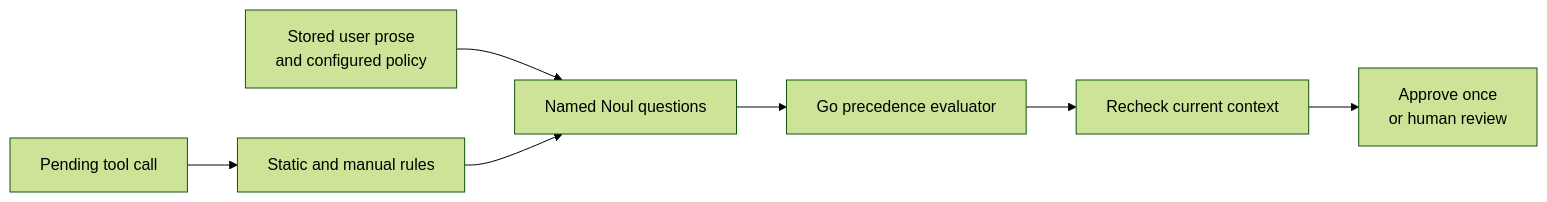
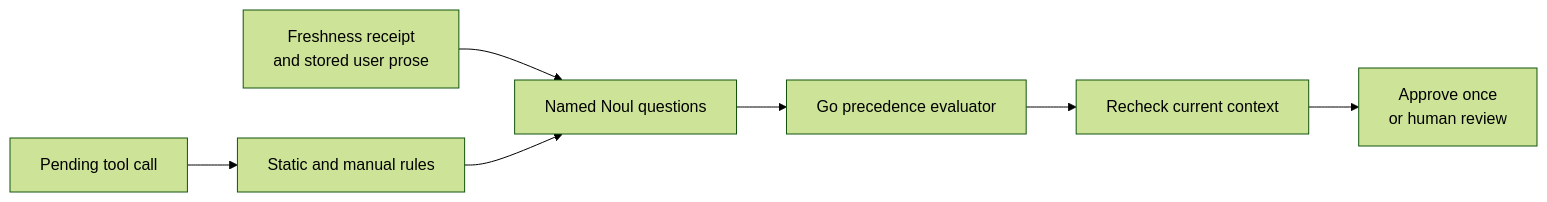
The second of 13 diagrams in docs/other/architecture.md (ocman/ocman), drawn with Mermaid (forest theme) before and after one commit. The commit also changed other lines of this file and 5 other files, not shown here.

Commit message:
fix(autoapprove): refresh history before Jev consent checks

````diff
--- a/docs/other/architecture.md
+++ b/docs/other/architecture.md
@@ -217,9 +219,9 @@
   ```mermaid
   flowchart LR
       Call[Pending tool call] --> Rules[Static and manual rules]
-      History[Stored user prose<br/>and configured policy] --> Jev[Named Noul questions]
+      History[Freshness receipt<br/>and stored user prose] --> Jev[Named Noul questions]
       Rules --> Jev
       Jev --> Policy[Go precedence evaluator]
       Policy --> Check[Recheck current context]
       Check --> Decision[Approve once<br/>or human review]
   ```
````
